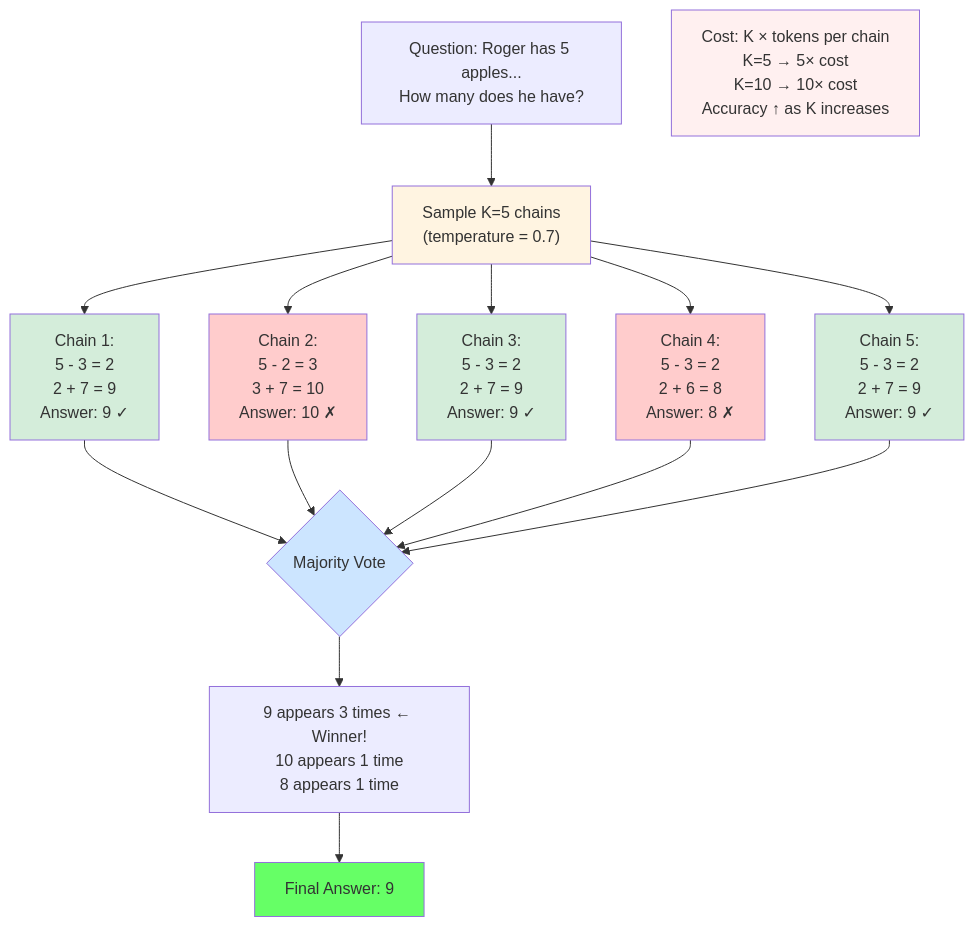
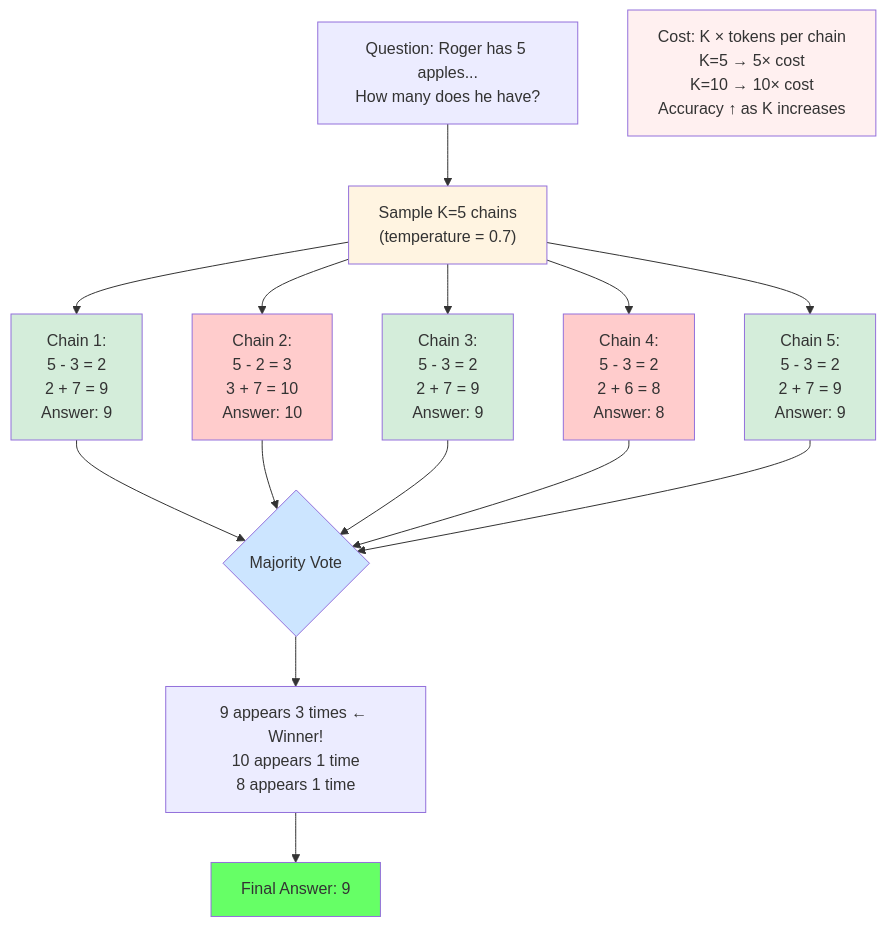
One commit to dsgouda7/ai-portfolio changed the fourth of 4 diagrams in notes/03-ai/ch06-cot-reasoning/cot-reasoning.md. Above: the diagram before and after it, drawn with Mermaid. The commit also changed other lines of this file and 391 other files, not shown here.

````diff
--- a/notes/03-ai/ch06-cot-reasoning/cot-reasoning.md
+++ b/notes/03-ai/ch06-cot-reasoning/cot-reasoning.md
@@ -347,32 +347,32 @@
 ```mermaid
 graph TD
-    A[Question: Roger has 5 apples...<br/>How many does he have?] --> B["Sample K=5 chains<br/>(temperature = 0.7)"]
+ A[Question: Roger has 5 apples...<br/>How many does he have?] --> B["Sample K=5 chains<br/>(temperature = 0.7)"]
 
-    B --> C1["Chain 1:<br/>5 - 3 = 2<br/>2 + 7 = 9<br/>Answer: 9 ✓"]
-    B --> C2["Chain 2:<br/>5 - 2 = 3<br/>3 + 7 = 10<br/>Answer: 10 ✗"]
-    B --> C3["Chain 3:<br/>5 - 3 = 2<br/>2 + 7 = 9<br/>Answer: 9 ✓"]
-    B --> C4["Chain 4:<br/>5 - 3 = 2<br/>2 + 6 = 8<br/>Answer: 8 ✗"]
-    B --> C5["Chain 5:<br/>5 - 3 = 2<br/>2 + 7 = 9<br/>Answer: 9 ✓"]
+ B --> C1["Chain 1:<br/>5 - 3 = 2<br/>2 + 7 = 9<br/>Answer: 9 "]
+ B --> C2["Chain 2:<br/>5 - 2 = 3<br/>3 + 7 = 10<br/>Answer: 10 "]
+ B --> C3["Chain 3:<br/>5 - 3 = 2<br/>2 + 7 = 9<br/>Answer: 9 "]
+ B --> C4["Chain 4:<br/>5 - 3 = 2<br/>2 + 6 = 8<br/>Answer: 8 "]
+ B --> C5["Chain 5:<br/>5 - 3 = 2<br/>2 + 7 = 9<br/>Answer: 9 "]
 
-    C1 --> D{Majority Vote}
-    C2 --> D
-    C3 --> D
-    C4 --> D
-    C5 --> D
+ C1 --> D{Majority Vote}
+ C2 --> D
+ C3 --> D
+ C4 --> D
+ C5 --> D
 
-    D --> E["9 appears 3 times ← Winner!<br/>10 appears 1 time<br/>8 appears 1 time"]
-    E --> F["Final Answer: 9"]
+ D --> E["9 appears 3 times ← Winner!<br/>10 appears 1 time<br/>8 appears 1 time"]
+ E --> F["Final Answer: 9"]
 
-    style B fill:#fff4e1
-    style C1 fill:#d4edda
-    style C2 fill:#ffcccc
-    style C3 fill:#d4edda
-    style C4 fill:#ffcccc
-    style C5 fill:#d4edda
-    style D fill:#cce5ff
-    style F fill:#66ff66
+ style B fill:#fff4e1
+ style C1 fill:#d4edda
+ style C2 fill:#ffcccc
+ style C3 fill:#d4edda
+ style C4 fill:#ffcccc
+ style C5 fill:#d4edda
+ style D fill:#cce5ff
+ style F fill:#66ff66
 
-    G["Cost: K × tokens per chain<br/>K=5 → 5× cost<br/>K=10 → 10× cost<br/>Accuracy ↑ as K increases"]
+ G["Cost: K × tokens per chain<br/>K=5 → 5× cost<br/>K=10 → 10× cost<br/>Accuracy ↑ as K increases"]
 
-    style G fill:#fff0f0
+ style G fill:#fff0f0
 ```
````
